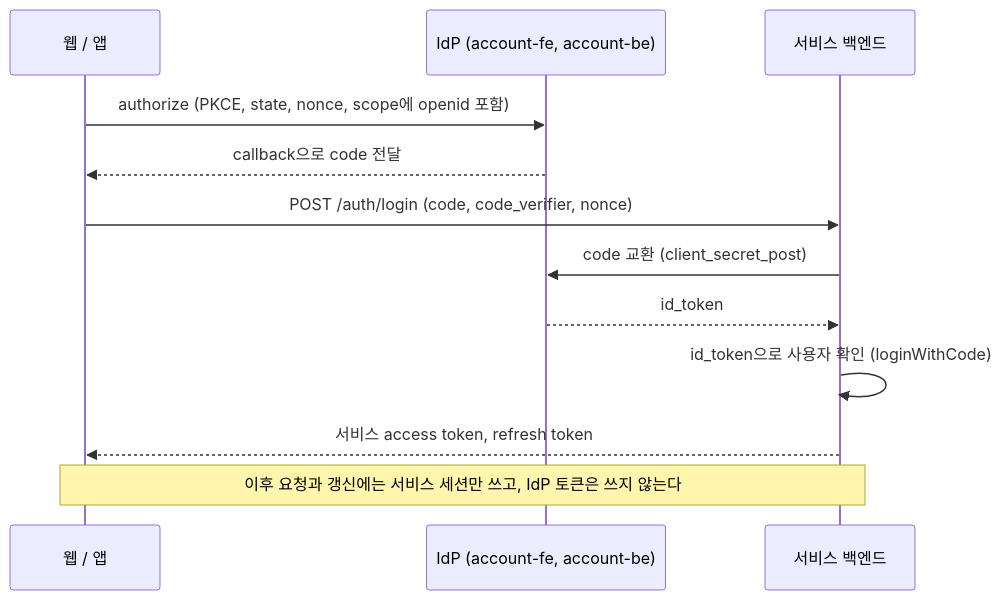
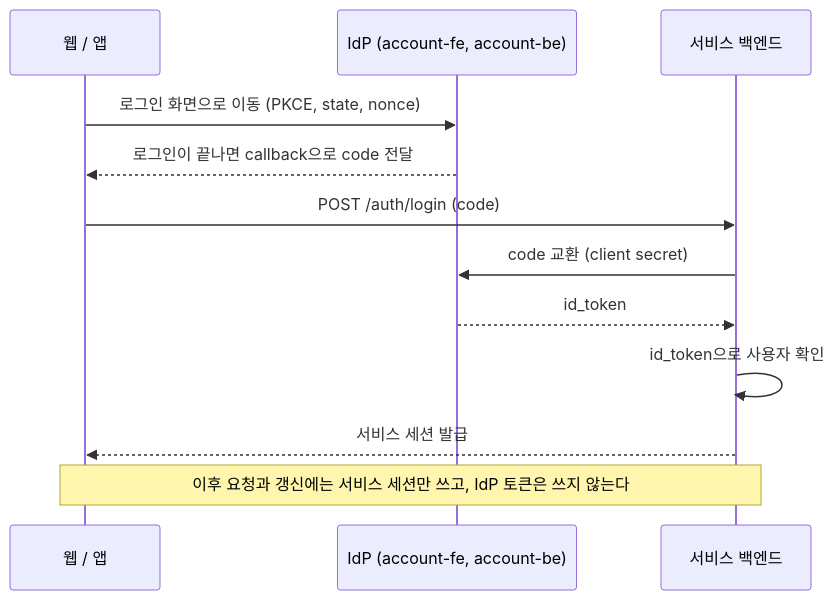
Before and after one commit to gsainfoteam/account-sdk: the diagram in README.md, drawn with Mermaid. The commit also changed other lines of this file and 5 other files, not shown here.

````diff
--- a/README.md
+++ b/README.md
@@ -23,15 +57,15 @@
 ```mermaid
 sequenceDiagram
   participant C as 웹 / 앱
   participant I as IdP (account-fe, account-be)
   participant B as 서비스 백엔드
 
-  C->>I: authorize (PKCE, state, nonce, scope에 openid 포함)
-  I-->>C: callback으로 code 전달
-  C->>B: POST /auth/login (code, code_verifier, nonce)
-  B->>I: code 교환 (client_secret_post)
+  C->>I: 로그인 화면으로 이동 (PKCE, state, nonce)
+  I-->>C: 로그인이 끝나면 callback으로 code 전달
+  C->>B: POST /auth/login (code)
+  B->>I: code 교환 (client secret)
   I-->>B: id_token
-  B->>B: id_token으로 사용자 확인 (loginWithCode)
-  B-->>C: 서비스 access token, refresh token
+  B->>B: id_token으로 사용자 확인
+  B-->>C: 서비스 세션 발급
   Note over C,B: 이후 요청과 갱신에는 서비스 세션만 쓰고, IdP 토큰은 쓰지 않는다
 ```
````
